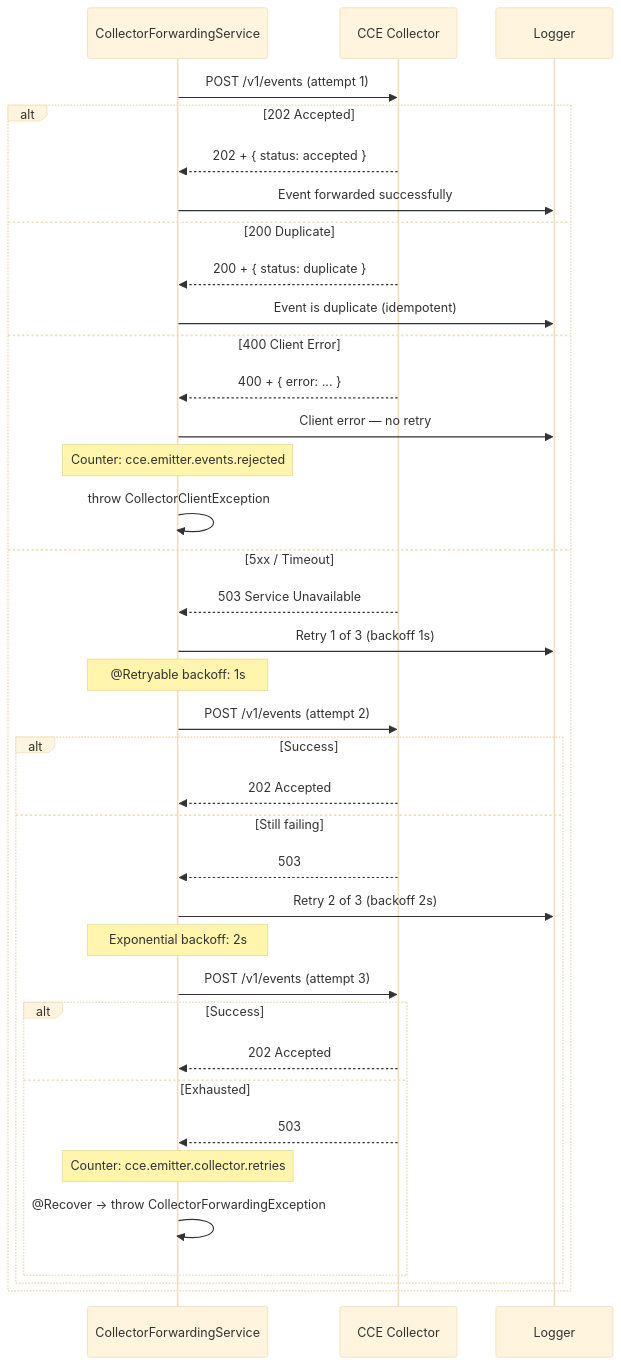
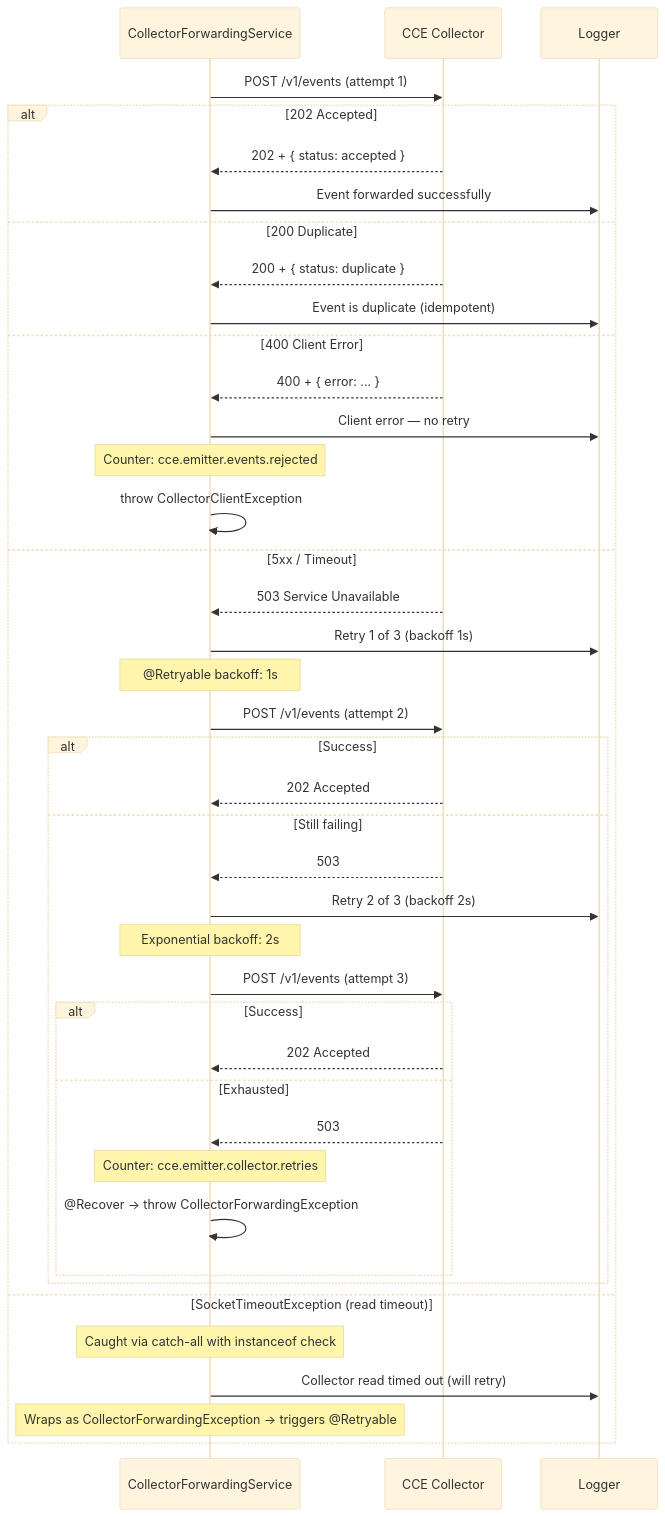
Before and after one commit to Jayaprakash8887/openhim-cce-emitter-adaptor: the fourth of 8 diagrams in docs/flow-diagrams.md, drawn with Mermaid (base theme). The commit also changed other lines of this file and 12 other files, not shown here.

````diff
--- a/docs/flow-diagrams.md
+++ b/docs/flow-diagrams.md
@@ -120,47 +120,51 @@
 ```mermaid
 sequenceDiagram
     participant Fwd as CollectorForwardingService
     participant Col as CCE Collector
     participant Log as Logger
 
     Fwd->>Col: POST /v1/events (attempt 1)
 
     alt 202 Accepted
         Col-->>Fwd: 202 + { status: accepted }
         Fwd->>Log: Event forwarded successfully
     else 200 Duplicate
         Col-->>Fwd: 200 + { status: duplicate }
         Fwd->>Log: Event is duplicate (idempotent)
     else 400 Client Error
         Col-->>Fwd: 400 + { error: ... }
         Fwd->>Log: Client error — no retry
         Note over Fwd: Counter: cce.emitter.events.rejected
         Fwd->>Fwd: throw CollectorClientException
     else 5xx / Timeout
         Col-->>Fwd: 503 Service Unavailable
         Fwd->>Log: Retry 1 of 3 (backoff 1s)
 
         Note over Fwd: @Retryable backoff: 1s
 
         Fwd->>Col: POST /v1/events (attempt 2)
 
         alt Success
             Col-->>Fwd: 202 Accepted
         else Still failing
             Col-->>Fwd: 503
             Fwd->>Log: Retry 2 of 3 (backoff 2s)
 
             Note over Fwd: Exponential backoff: 2s
 
             Fwd->>Col: POST /v1/events (attempt 3)
 
             alt Success
                 Col-->>Fwd: 202 Accepted
             else Exhausted
                 Col-->>Fwd: 503
                 Note over Fwd: Counter: cce.emitter.collector.retries
                 Fwd->>Fwd: @Recover → throw CollectorForwardingException
             end
         end
+    else SocketTimeoutException (read timeout)
+        Note over Fwd: Caught via catch-all with instanceof check
+        Fwd->>Log: Collector read timed out (will retry)
+        Note over Fwd: Wraps as CollectorForwardingException → triggers @Retryable
     end
 ```
````
